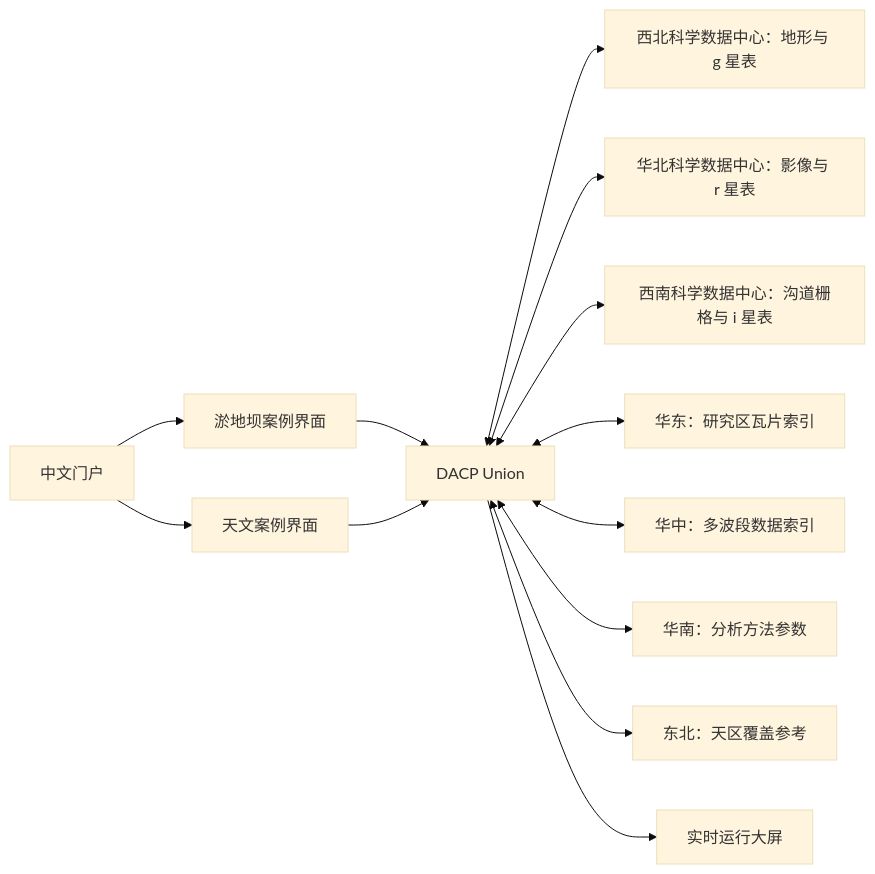
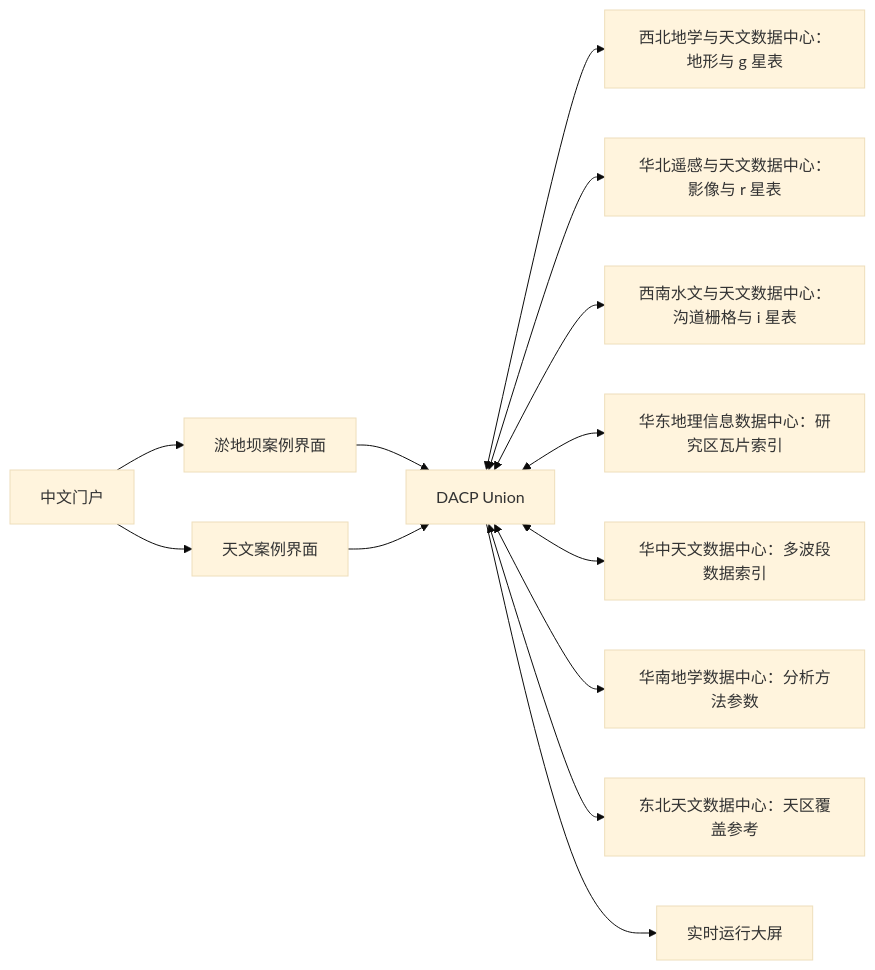
Before and after one commit to rdcn-link/conet: the diagram in README_zh.md, drawn with Mermaid (base theme). The commit also changed 9 other files, not shown here.

````diff
--- a/README_zh.md
+++ b/README_zh.md
@@ -13,15 +13,15 @@
 ```mermaid
 flowchart LR
     Visitor[中文门户] --> Dam[淤地坝案例界面]
     Visitor --> Astro[天文案例界面]
     Dam --> U[DACP Union]
     Astro --> U
-    U <--> A[西北科学数据中心：地形与 g 星表]
-    U <--> B[华北科学数据中心：影像与 r 星表]
-    U <--> C[西南科学数据中心：沟道栅格与 i 星表]
-    U <--> D[华东：研究区瓦片索引]
-    U <--> E[华中：多波段数据索引]
-    U <--> F[华南：分析方法参数]
-    U <--> G[东北：天区覆盖参考]
+    U <--> A[西北地学与天文数据中心：地形与 g 星表]
+    U <--> B[华北遥感与天文数据中心：影像与 r 星表]
+    U <--> C[西南水文与天文数据中心：沟道栅格与 i 星表]
+    U <--> D[华东地理信息数据中心：研究区瓦片索引]
+    U <--> E[华中天文数据中心：多波段数据索引]
+    U <--> F[华南地学数据中心：分析方法参数]
+    U <--> G[东北天文数据中心：天区覆盖参考]
     U --> Screen[实时运行大屏]
 ```
````
